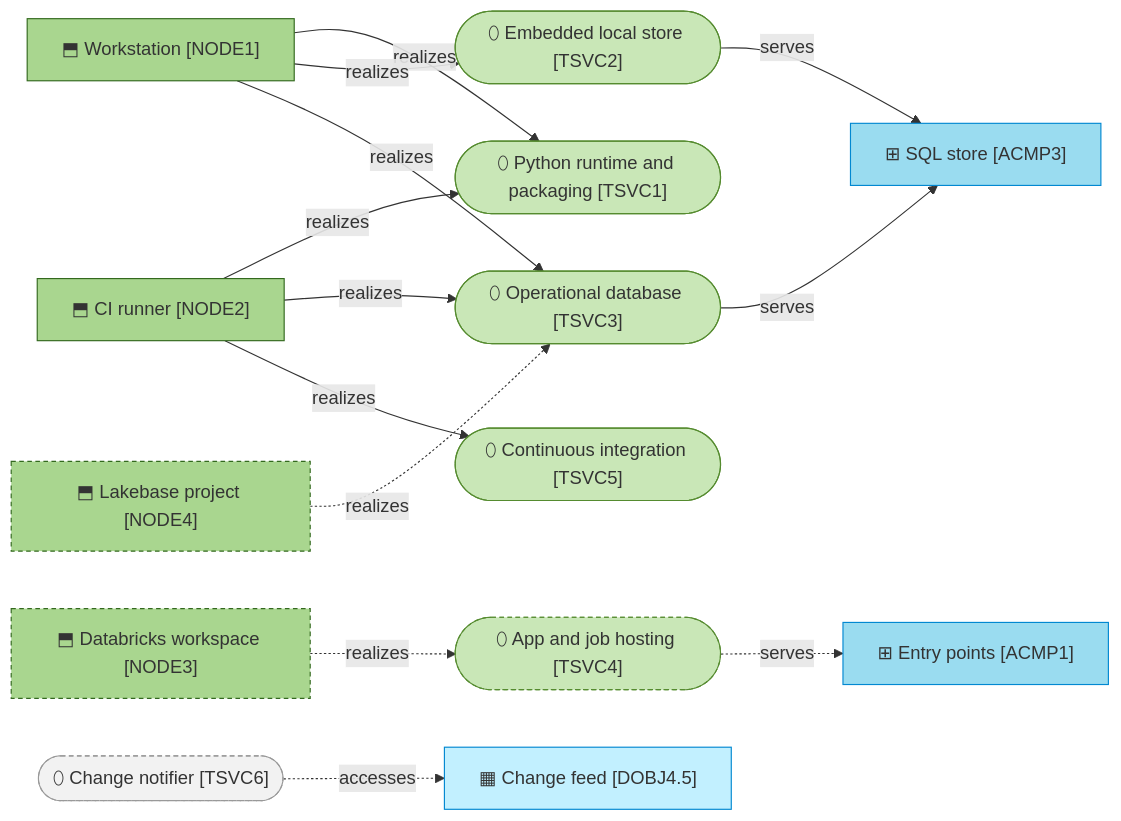
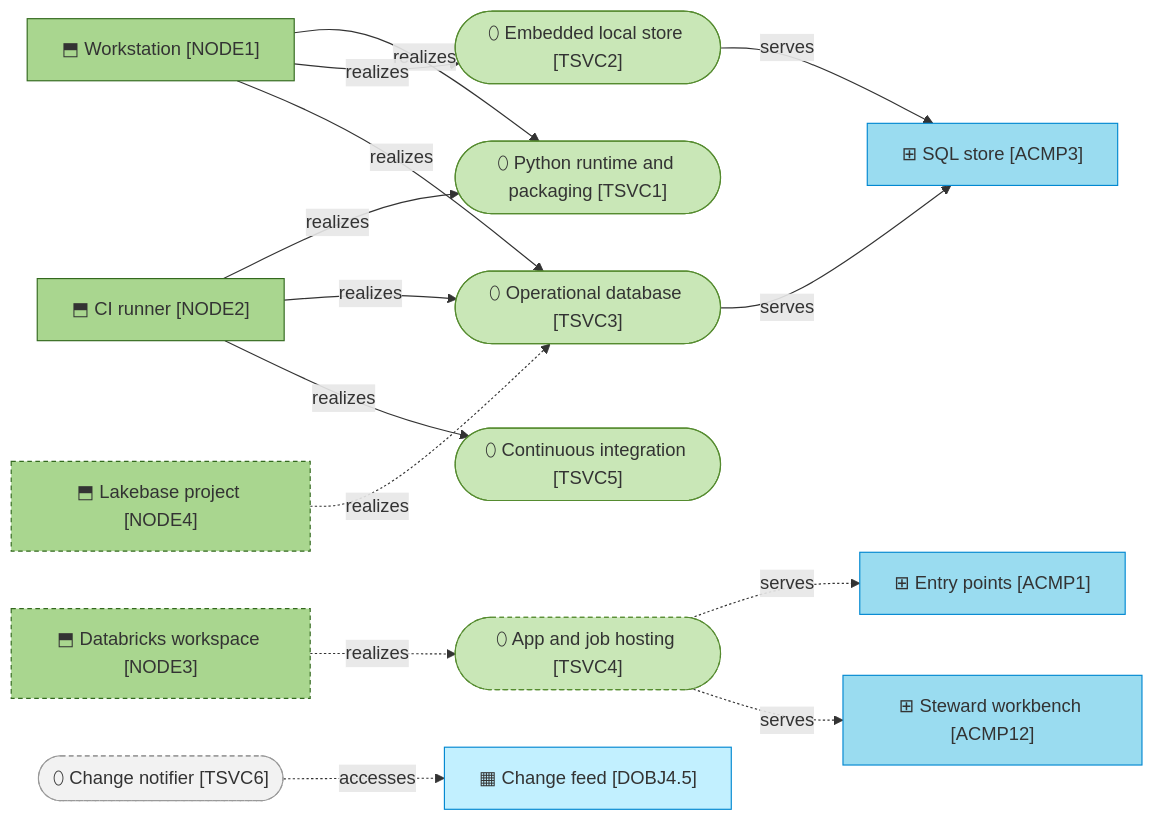
One commit to roanboc/dbx-master-data-manager changed the first of 2 diagrams in architecture/5_technology/1_technology-services.md. Above: the diagram before and after it, drawn with Mermaid. The commit also changed other lines of this file and 43 other files, not shown here.

First line of the commit message:
docs: plan the steward workbench and model its first story (initiative 3)

````diff
--- a/architecture/5_technology/1_technology-services.md
+++ b/architecture/5_technology/1_technology-services.md
@@ -11,40 +11,42 @@
 ```mermaid
 flowchart LR
   node1["⬒ Workstation [NODE1]"]:::node
   node2["⬒ CI runner [NODE2]"]:::node
   node3["⬒ Databricks workspace [NODE3]"]:::pendingnode
   node4["⬒ Lakebase project [NODE4]"]:::pendingnode
 
   tsvc1(["⬯ Python runtime and packaging [TSVC1]"]):::service
   tsvc2(["⬯ Embedded local store [TSVC2]"]):::service
   tsvc3(["⬯ Operational database [TSVC3]"]):::service
   tsvc4(["⬯ App and job hosting [TSVC4]"]):::pendingservice
   tsvc5(["⬯ Continuous integration [TSVC5]"]):::service
   tsvc6(["⬯ Change notifier [TSVC6]"]):::external
 
   acmp1["⊞ Entry points [ACMP1]"]:::component
   acmp3["⊞ SQL store [ACMP3]"]:::component
+  acmp12["⊞ Steward workbench [ACMP12]"]:::component
   dobj45["▦ Change feed [DOBJ4.5]"]:::dataobject
 
   node1 -->|realizes| tsvc1
   node1 -->|realizes| tsvc2
   node1 -->|realizes| tsvc3
   node2 -->|realizes| tsvc1
   node2 -->|realizes| tsvc3
   node2 -->|realizes| tsvc5
   node3 -.->|realizes| tsvc4
   node4 -.->|realizes| tsvc3
 
   tsvc2 -->|serves| acmp3
   tsvc3 -->|serves| acmp3
   tsvc4 -.->|serves| acmp1
+  tsvc4 -.->|serves| acmp12
   tsvc6 -.->|accesses| dobj45
 
   classDef service fill:#c9e7b7,stroke:#558b2f,color:#333
   classDef pendingservice fill:#c9e7b7,stroke:#558b2f,color:#333,stroke-dasharray: 4 3
   classDef node fill:#a9d68f,stroke:#33691e,color:#333
   classDef pendingnode fill:#a9d68f,stroke:#33691e,color:#333,stroke-dasharray: 4 3
   classDef component fill:#9adcf0,stroke:#0288d1,color:#333
   classDef dataobject fill:#c2f0ff,stroke:#0288d1,color:#333
   classDef external fill:#f2f2f2,stroke:#999999,color:#333,stroke-dasharray: 4 3
 ```
````
